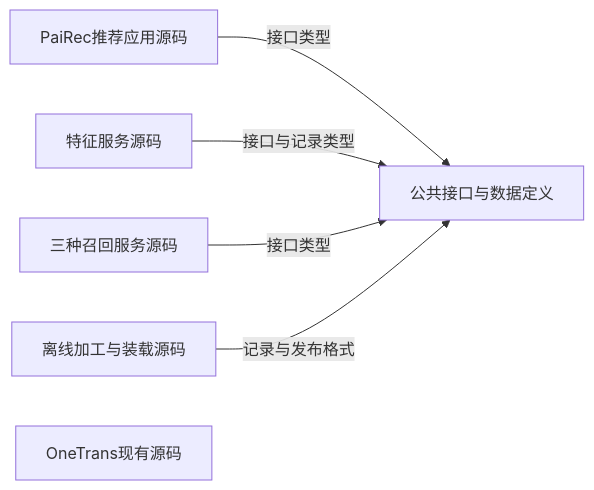
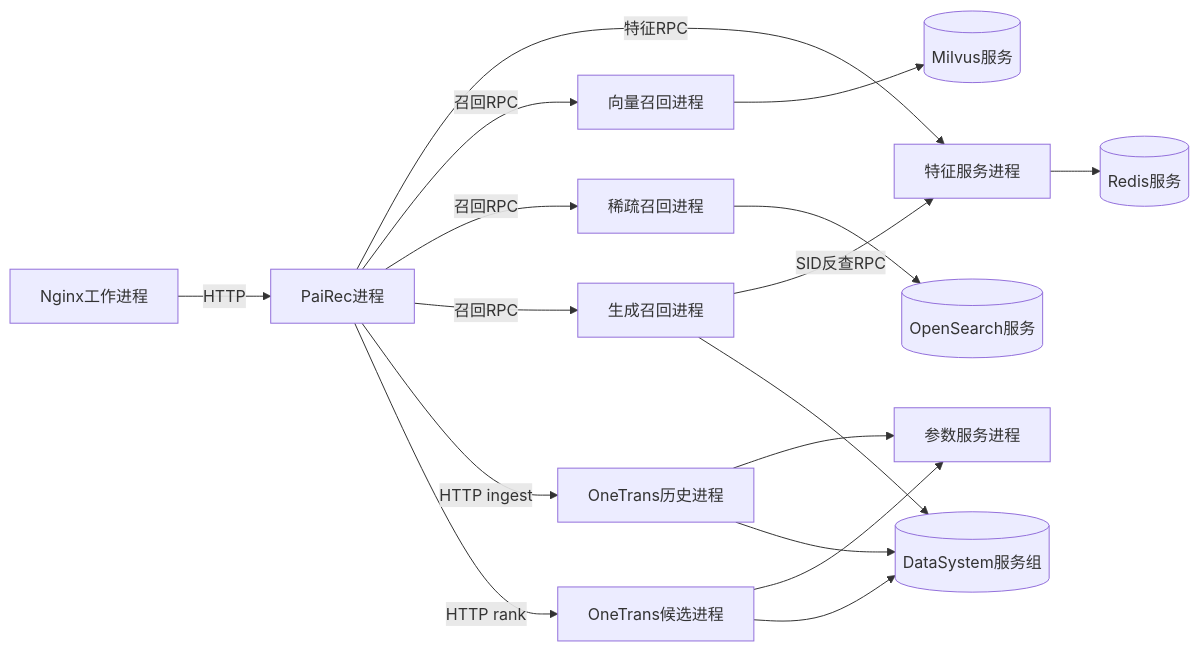
The diagram in diagrams/01_system_03.mmd (bitianyuan123/docs), drawn with Mermaid before and after one commit. The commit also changed 85 other files, not shown here.

```diff
--- a/diagrams/01_system_03.mmd
+++ b/diagrams/01_system_03.mmd
@@ -1,6 +1,17 @@
 flowchart LR
-    P[PaiRec推荐应用源码] -->|接口类型| C[公共接口与数据定义]
-    F[特征服务源码] -->|接口与记录类型| C
-    R[三种召回服务源码] -->|接口类型| C
-    L[离线加工与装载源码] -->|记录与发布格式| C
-    O[OneTrans现有源码]
+    N[Nginx工作进程] -->|HTTP| P[PaiRec进程]
+    P -->|特征RPC| F[特征服务进程]
+    F --> R[(Redis服务)]
+    P -->|召回RPC| V[向量召回进程]
+    V --> M[(Milvus服务)]
+    P -->|召回RPC| S[稀疏召回进程]
+    S --> O[(OpenSearch服务)]
+    P -->|召回RPC| G[生成召回进程]
+    G -->|SID反查RPC| F
+    P -->|HTTP ingest| H[OneTrans历史进程]
+    P -->|HTTP rank| D[OneTrans候选进程]
+    H --> PS[参数服务进程]
+    D --> PS
+    H --> K[(DataSystem服务组)]
+    D --> K
+    G --> K
```
